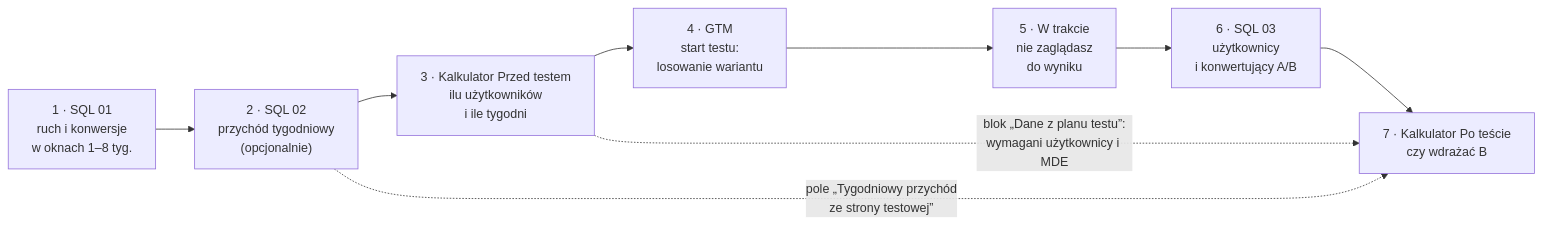
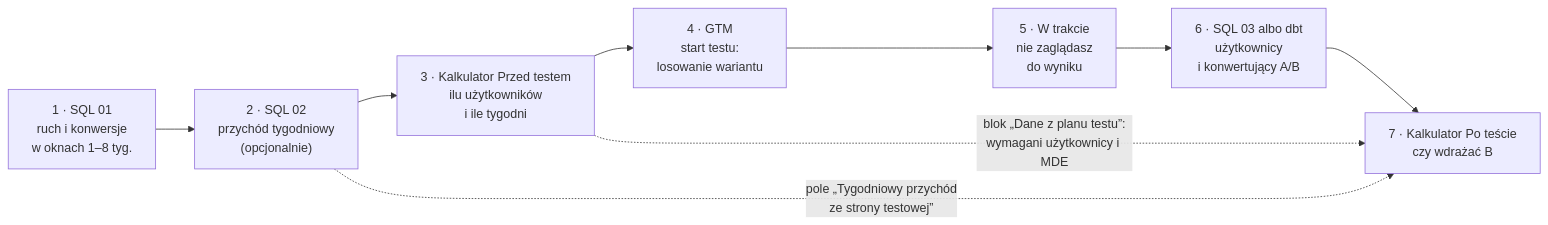
Before and after one commit to pmackowka/ga4-ab-testing-template: the diagram in README.md, drawn with Mermaid. The commit also changed other lines of this file, not shown here.

Commit message:
docs: ścieżka ręczna i dbt w README, link do raportu Looker Studio

````diff
--- a/README.md
+++ b/README.md
@@ -18,11 +29,11 @@
 ```mermaid
 flowchart LR
     S1["1 · SQL 01<br/>ruch i konwersje<br/>w oknach 1–8 tyg."] --> S2["2 · SQL 02<br/>przychód tygodniowy<br/>(opcjonalnie)"]
     S2 --> S3["3 · Kalkulator Przed testem<br/>ilu użytkowników<br/>i ile tygodni"]
     S3 --> S4["4 · GTM<br/>start testu:<br/>losowanie wariantu"]
     S4 --> S5["5 · W trakcie<br/>nie zaglądasz<br/>do wyniku"]
-    S5 --> S6["6 · SQL 03<br/>użytkownicy<br/>i konwertujący A/B"]
+    S5 --> S6["6 · SQL 03 albo dbt<br/>użytkownicy<br/>i konwertujący A/B"]
     S6 --> S7["7 · Kalkulator Po teście<br/>czy wdrażać B"]
     S2 -.->|pole „Tygodniowy przychód<br/>ze strony testowej”| S7
     S3 -.->|blok „Dane z planu testu”:<br/>wymagani użytkownicy i MDE| S7
 ```
````
